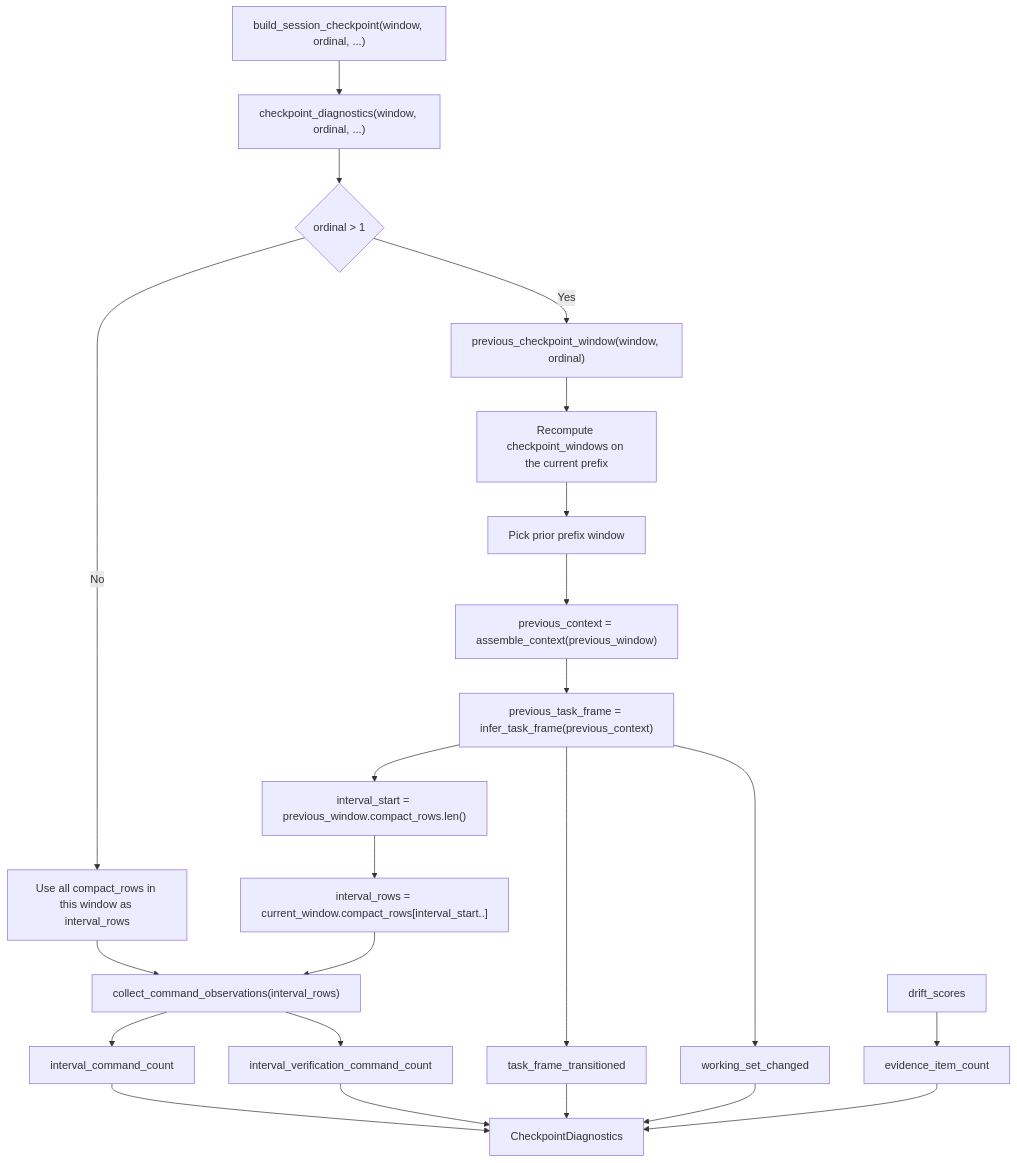
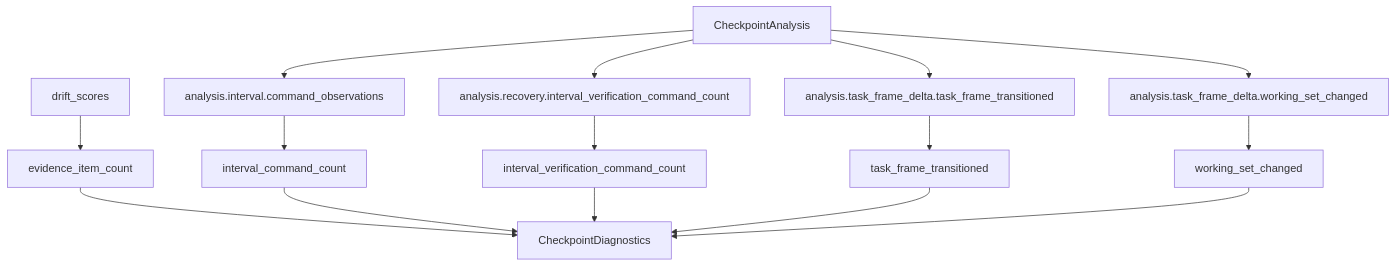
Before and after one commit to atomize-hq/substrate: the sixth of 13 diagrams in docs/internals/agent-drift-analyzer-current-checkpoint-logic.md, drawn with Mermaid. The commit also changed other lines of this file and 1 other file, not shown here.

````diff
--- a/docs/internals/agent-drift-analyzer-current-checkpoint-logic.md
+++ b/docs/internals/agent-drift-analyzer-current-checkpoint-logic.md
@@ -147,25 +150,17 @@
 ```mermaid
 flowchart TD
-    A["build_session_checkpoint(window, ordinal, ...)"] --> B["checkpoint_diagnostics(window, ordinal, ...)"]
-    B --> C{"ordinal > 1"}
-    C -->|No| D["Use all compact_rows in this window as interval_rows"]
-    C -->|Yes| E["previous_checkpoint_window(window, ordinal)"]
-    E --> F["Recompute checkpoint_windows on the current prefix"]
-    F --> G["Pick prior prefix window"]
-    G --> H["previous_context = assemble_context(previous_window)"]
-    H --> I["previous_task_frame = infer_task_frame(previous_context)"]
-    I --> J["interval_start = previous_window.compact_rows.len()"]
-    J --> K["interval_rows = current_window.compact_rows[interval_start..]"]
-    D --> L["collect_command_observations(interval_rows)"]
+    A["CheckpointAnalysis"] --> B["analysis.interval.command_observations"]
+    A --> C["analysis.recovery.interval_verification_command_count"]
+    A --> D["analysis.task_frame_delta.task_frame_transitioned"]
+    A --> E["analysis.task_frame_delta.working_set_changed"]
+    F["drift_scores"] --> G["evidence_item_count"]
+    B --> H["interval_command_count"]
+    C --> I["interval_verification_command_count"]
+    D --> J["task_frame_transitioned"]
+    E --> K["working_set_changed"]
+    G --> L["CheckpointDiagnostics"]
+    H --> L
+    I --> L
+    J --> L
     K --> L
-    L --> M["interval_command_count"]
-    L --> N["interval_verification_command_count"]
-    I --> O["task_frame_transitioned"]
-    I --> P["working_set_changed"]
-    Q["drift_scores"] --> R["evidence_item_count"]
-    M --> S["CheckpointDiagnostics"]
-    N --> S
-    O --> S
-    P --> S
-    R --> S
 ```
````
